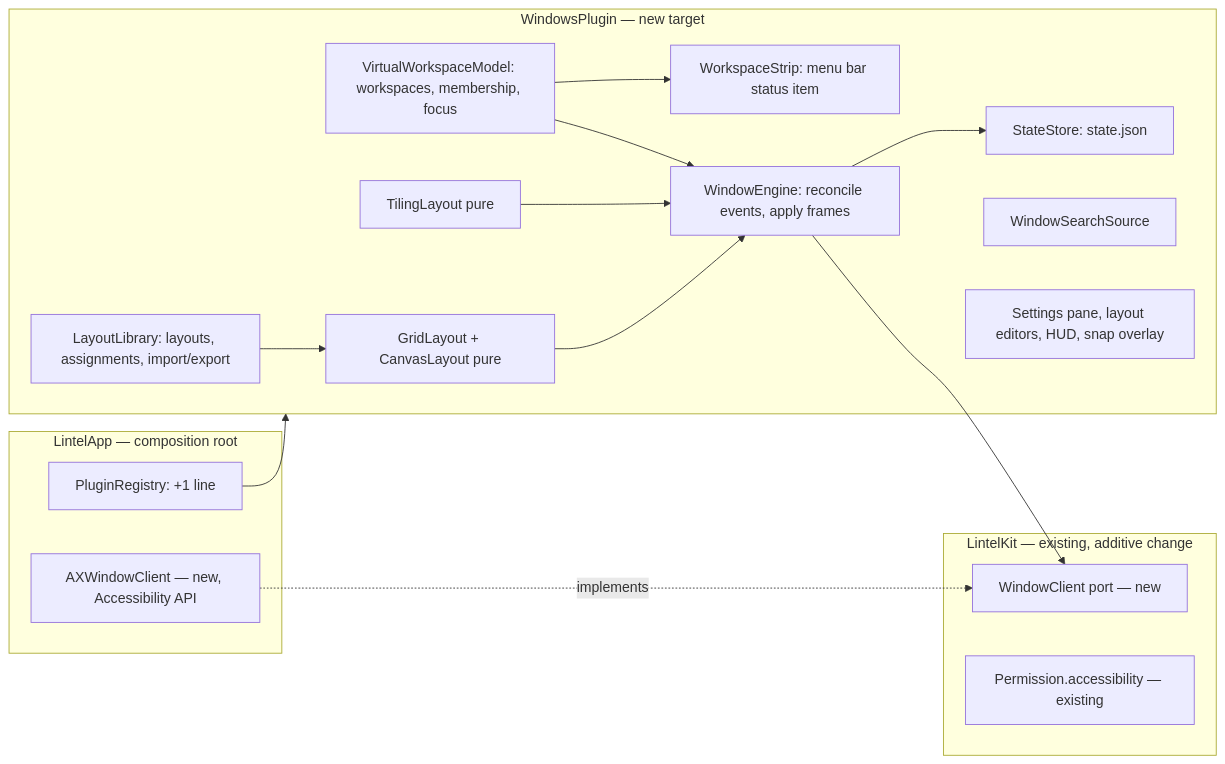
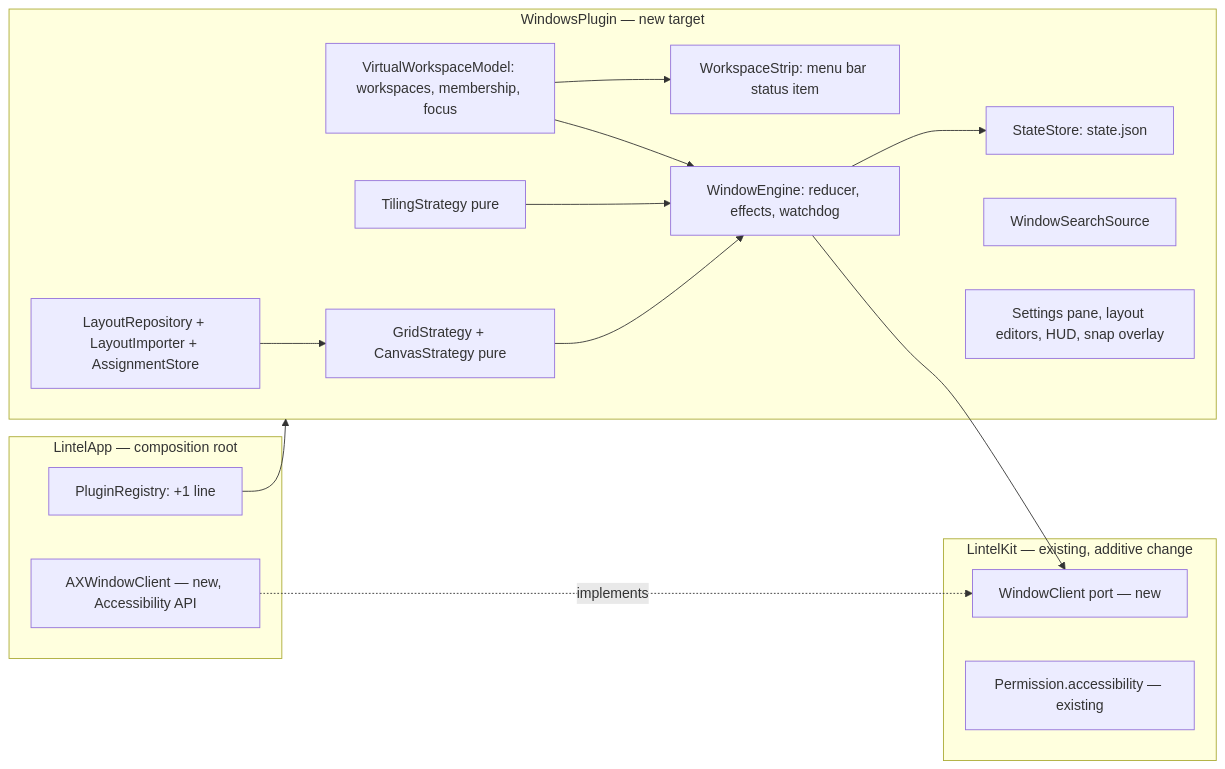
The diagram in .ai/specs/2026-11-09-window-management.md (mjozefiak/Pounce), drawn with Mermaid before and after one commit. The commit also changed other lines of this file and 14 other files, not shown here.

Commit message:
docs(specs): window management rev 3: UX and architecture review findings, redrawn mockups

````diff
--- a/.ai/specs/2026-11-09-window-management.md
+++ b/.ai/specs/2026-11-09-window-management.md
@@ -73,31 +77,31 @@
 ```mermaid
 flowchart LR
   subgraph Kit[LintelKit — existing, additive change]
     WC[WindowClient port — new]
     PR[Permission.accessibility — existing]
   end
   subgraph Plugin[WindowsPlugin — new target]
     WS[VirtualWorkspaceModel: workspaces, membership, focus]
-    TL[TilingLayout pure]
-    GL[GridLayout + CanvasLayout pure]
-    LB[LayoutLibrary: layouts, assignments, import/export]
+    TL[TilingStrategy pure]
+    GL[GridStrategy + CanvasStrategy pure]
+    LB[LayoutRepository + LayoutImporter + AssignmentStore]
     SG[WorkspaceStrip: menu bar status item]
-    EN[WindowEngine: reconcile events, apply frames]
+    EN[WindowEngine: reducer, effects, watchdog]
     ST[StateStore: state.json]
     SR[WindowSearchSource]
     UI[Settings pane, layout editors, HUD, snap overlay]
   end
   subgraph App[LintelApp — composition root]
     AX[AXWindowClient — new, Accessibility API]
     REG[PluginRegistry: +1 line]
   end
   WS --> EN
   TL --> EN
   GL --> EN
   LB --> GL
   WS --> SG
   EN --> WC
   EN --> ST
   AX -. implements .-> WC
   REG --> Plugin
 ```
````
